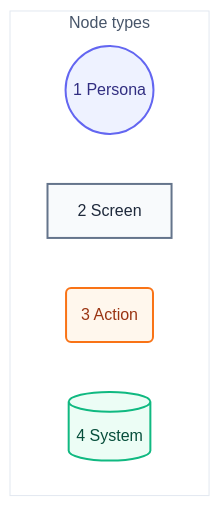
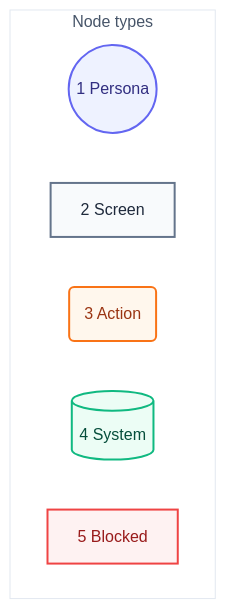
One commit to may-journal/fitness-runner changed the first of 2 diagrams in docs/architecture/05-user-journey.md. Above: the diagram before and after it, drawn with Mermaid. The commit also changed other lines of this file and 178 other files, not shown here.

````diff
--- a/docs/architecture/05-user-journey.md
+++ b/docs/architecture/05-user-journey.md
@@ -5,16 +5,18 @@
 ```mermaid
 flowchart TB
     subgraph types["Node types"]
         persona((1 Persona)):::persona
         screen[2 Screen]:::screen
         action(3 Action):::action
         system[(4 System)]:::system
+        blocked[5 Blocked]:::blocked
     end
 
     classDef persona fill:#eef2ff,stroke:#6366f1,color:#312e81,stroke-width:2px
     classDef screen fill:#f8fafc,stroke:#64748b,color:#1e293b,stroke-width:2px
     classDef action fill:#fff7ed,stroke:#f97316,color:#9a3412,stroke-width:2px
     classDef system fill:#ecfdf5,stroke:#10b981,color:#064e3b,stroke-width:2px
+    classDef blocked fill:#fef2f2,stroke:#ef4444,color:#991b1b,stroke-width:2px
 
     style types fill:#ffffff,stroke:#e2e8f0,color:#475569,stroke-width:1px
 ```
````
